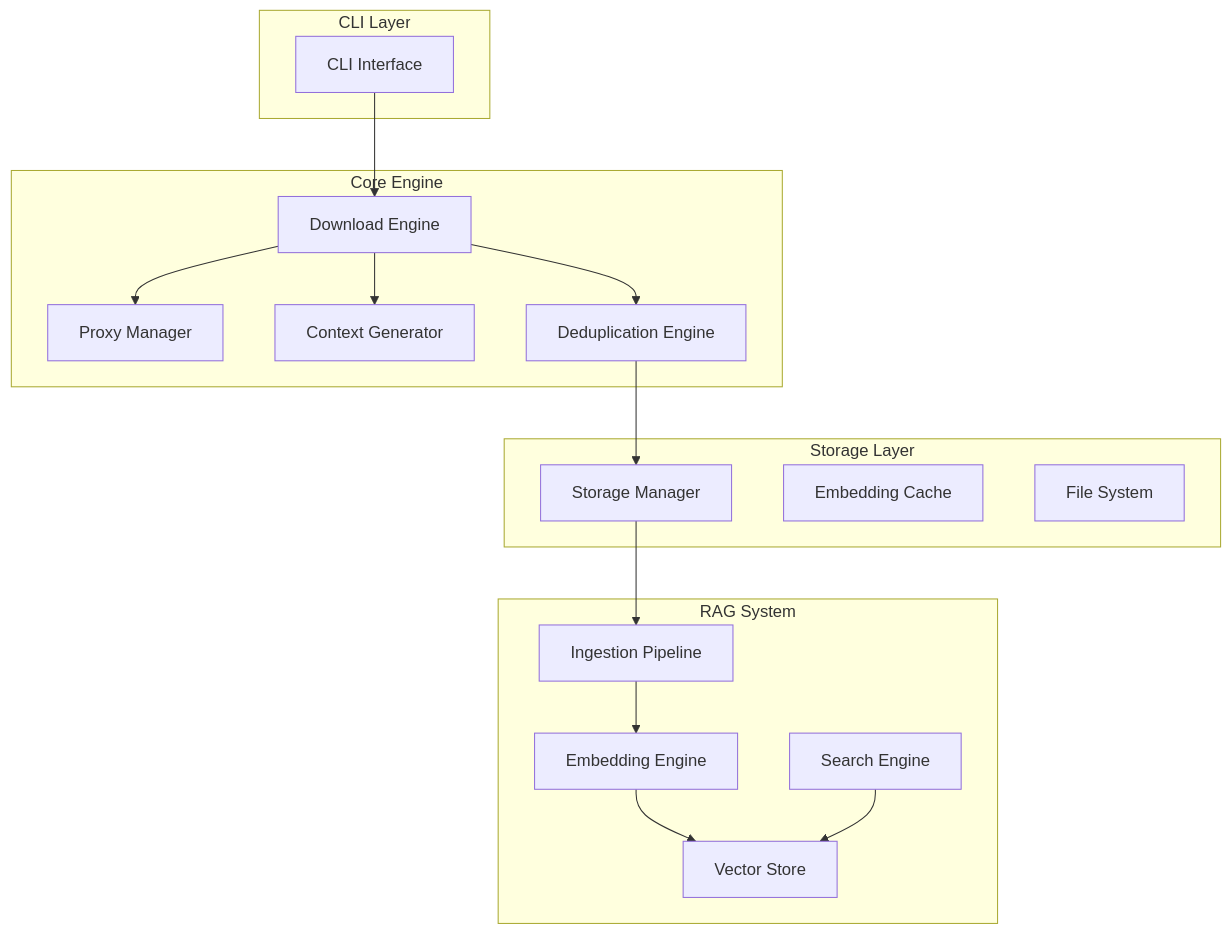
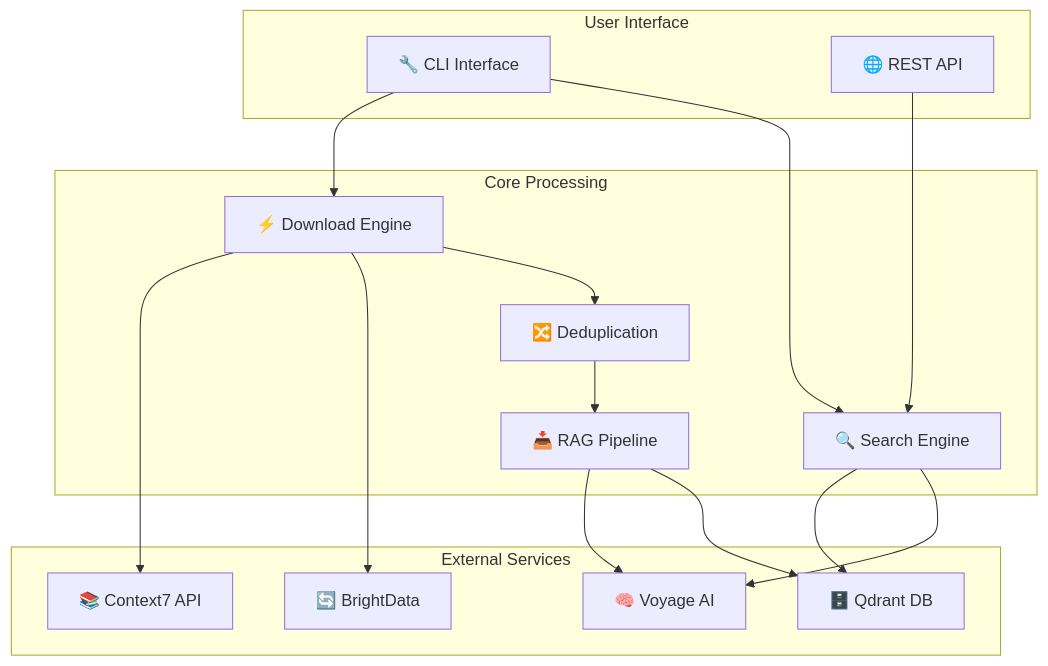
One commit to osbornesec/contexter changed the diagram in README.md. Above: the diagram before and after it, drawn with Mermaid. The commit also changed other lines of this file and 3 other files, not shown here.

````diff
--- a/README.md
+++ b/README.md
@@ -60,36 +88,36 @@
 ```mermaid
 graph TB
-    subgraph "CLI Layer"
-        CLI[CLI Interface]
+    subgraph "User Interface"
+        CLI[🔧 CLI Interface]
+        API[🌐 REST API]
     end
     
-    subgraph "Core Engine"
-        DE[Download Engine]
-        PM[Proxy Manager]
-        CG[Context Generator]
-        DD[Deduplication Engine]
+    subgraph "Core Processing"
+        Download[⚡ Download Engine]
+        Dedupe[🔀 Deduplication]
+        Ingest[📥 RAG Pipeline]
+        Search[🔍 Search Engine]
     end
     
-    subgraph "RAG System"
-        IP[Ingestion Pipeline]
-        EE[Embedding Engine]
-        VS[Vector Store]
-        SE[Search Engine]
+    subgraph "External Services"
+        Context7[📚 Context7 API]
+        Voyage[🧠 Voyage AI]
+        Proxies[🔄 BrightData]
+        Vector[🗄️ Qdrant DB]
     end
     
-    subgraph "Storage Layer"
-        SM[Storage Manager]
-        EM[Embedding Cache]
-        FS[File System]
-    end
+    CLI --> Download
+    CLI --> Search
+    API --> Search
     
-    CLI --> DE
-    DE --> PM
-    DE --> CG
-    DE --> DD
-    DD --> SM
-    SM --> IP
-    IP --> EE
-    EE --> VS
-    SE --> VS
+    Download --> Context7
+    Download --> Proxies
+    Download --> Dedupe
+    
+    Dedupe --> Ingest
+    Ingest --> Voyage
+    Ingest --> Vector
+    
+    Search --> Vector
+    Search --> Voyage
 ```
````
